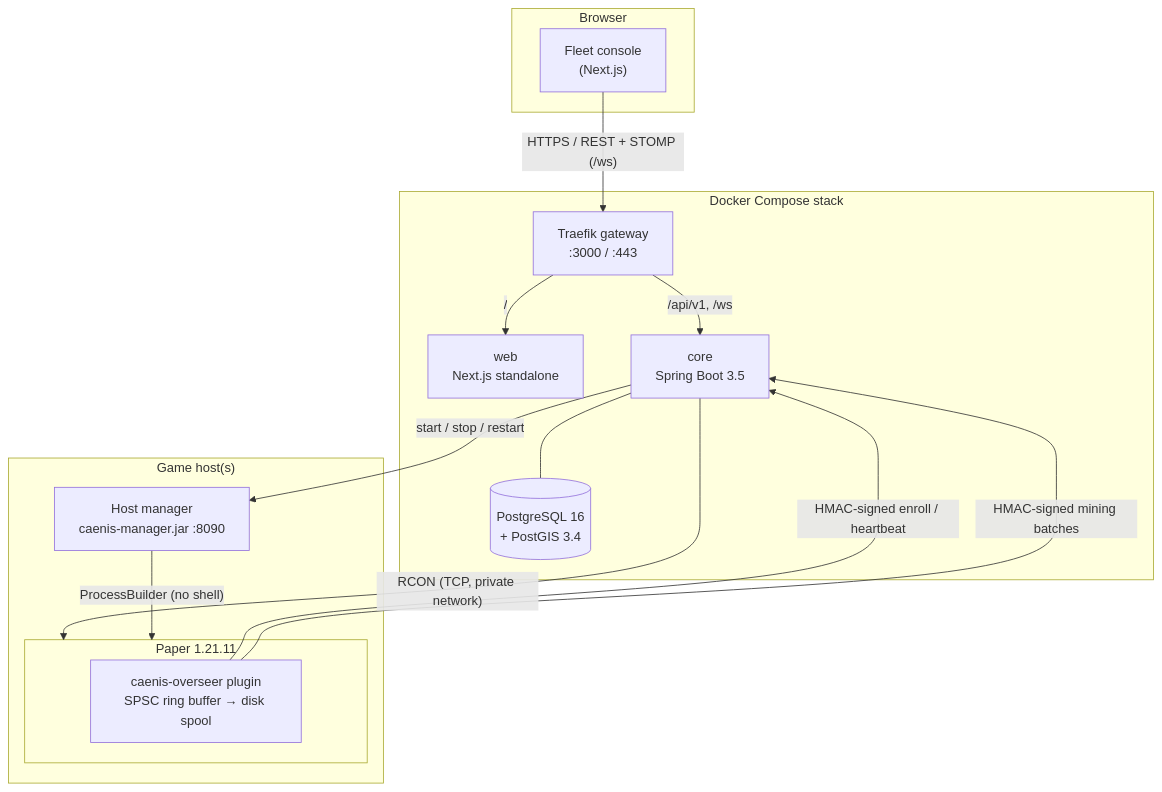
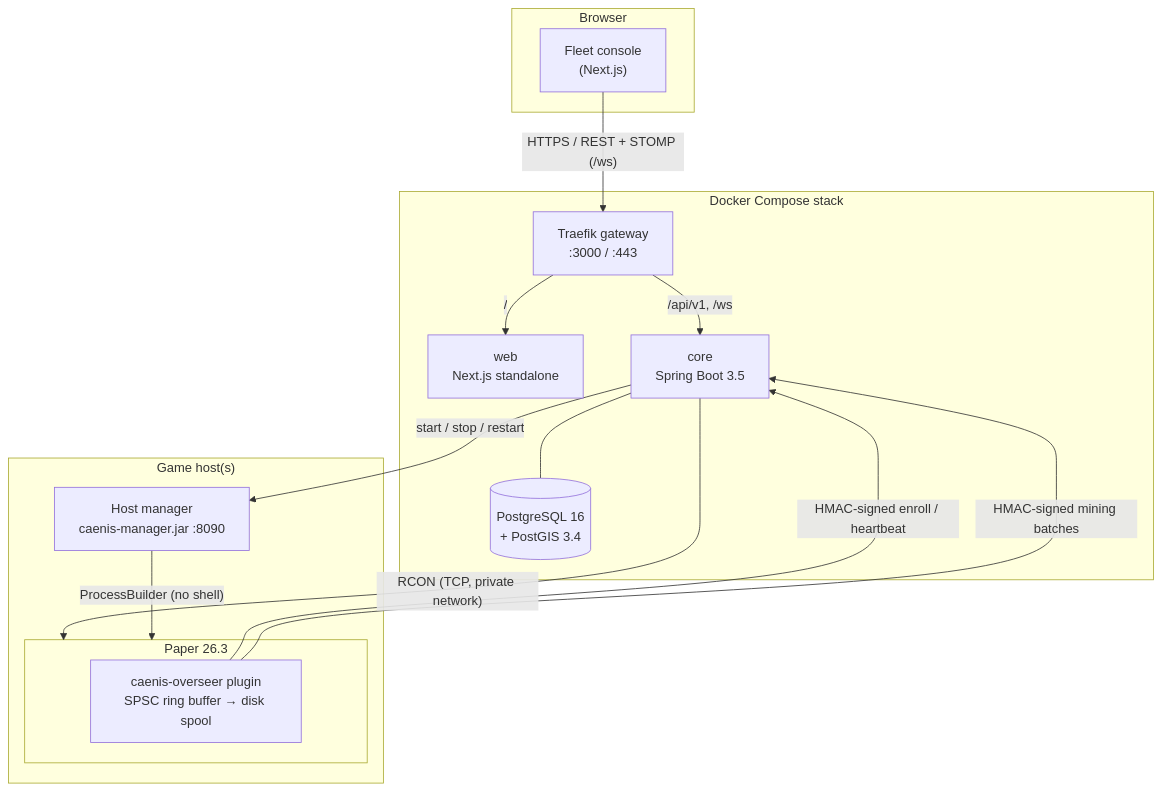
The diagram in README.md (VerianCS/CaenisOverseerFleet), drawn with Mermaid before and after one commit. The commit also changed other lines of this file and 7 other files, not shown here.

````diff
--- a/README.md
+++ b/README.md
@@ -60,32 +60,32 @@
 ```mermaid
 flowchart TB
     subgraph Browser
         UI["Fleet console<br/>(Next.js)"]
     end
 
     subgraph Stack["Docker Compose stack"]
         GW["Traefik gateway<br/>:3000 / :443"]
         WEB["web<br/>Next.js standalone"]
         CORE["core<br/>Spring Boot 3.5"]
         DB[("PostgreSQL 16<br/>+ PostGIS 3.4")]
     end
 
     subgraph Host["Game host(s)"]
         MGR["Host manager<br/>caenis-manager.jar :8090"]
-        subgraph Paper["Paper 1.21.11"]
+        subgraph Paper["Paper 26.3"]
             AGENT["caenis-overseer plugin<br/>SPSC ring buffer → disk spool"]
         end
     end
 
     UI -- "HTTPS / REST + STOMP (/ws)" --> GW
     GW -- "/" --> WEB
     GW -- "/api/v1, /ws" --> CORE
     CORE --- DB
 
     AGENT -- "HMAC-signed enroll / heartbeat" --> CORE
     AGENT -- "HMAC-signed mining batches" --> CORE
 
     CORE -- "RCON (TCP, private network)" --> Paper
     CORE -- "start / stop / restart" --> MGR
     MGR -- "ProcessBuilder (no shell)" --> Paper
 ```
````
